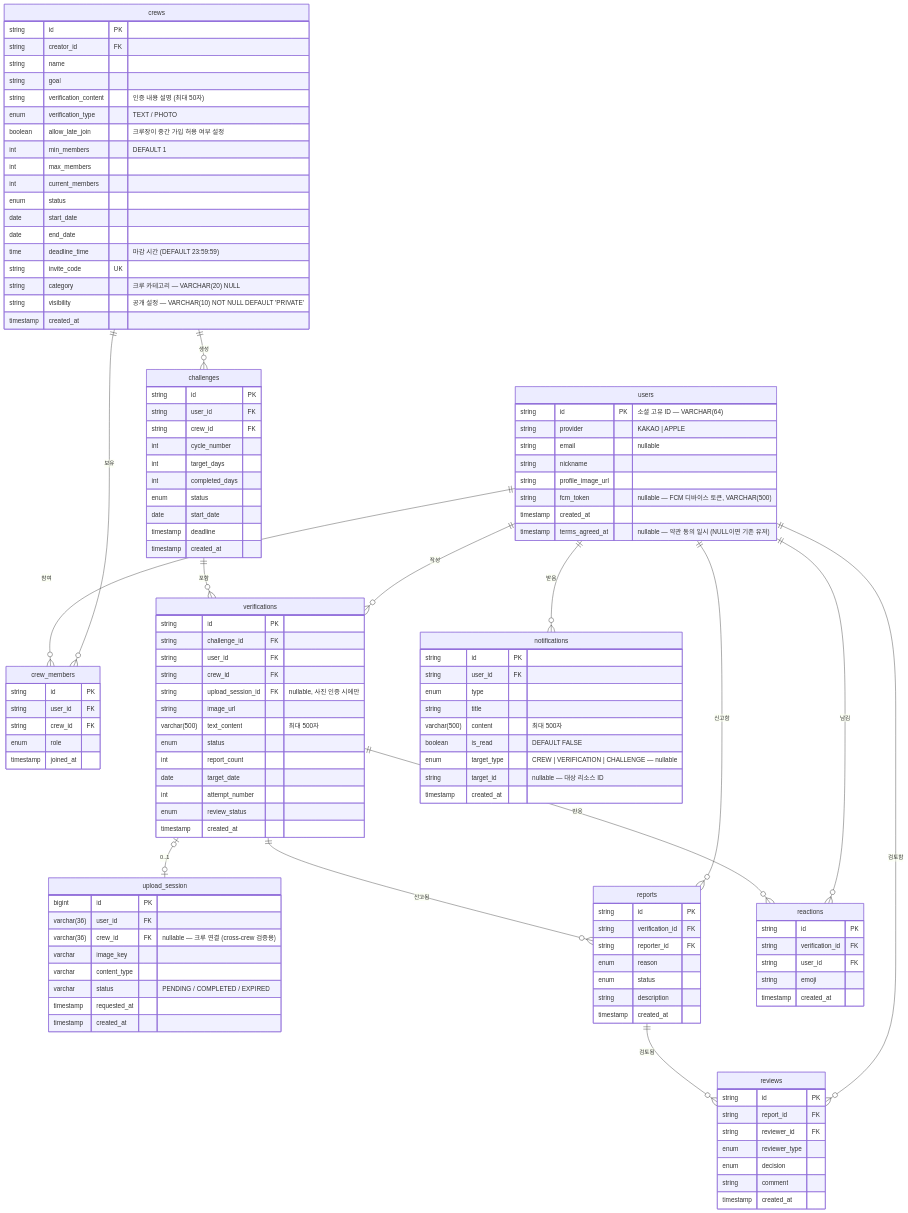
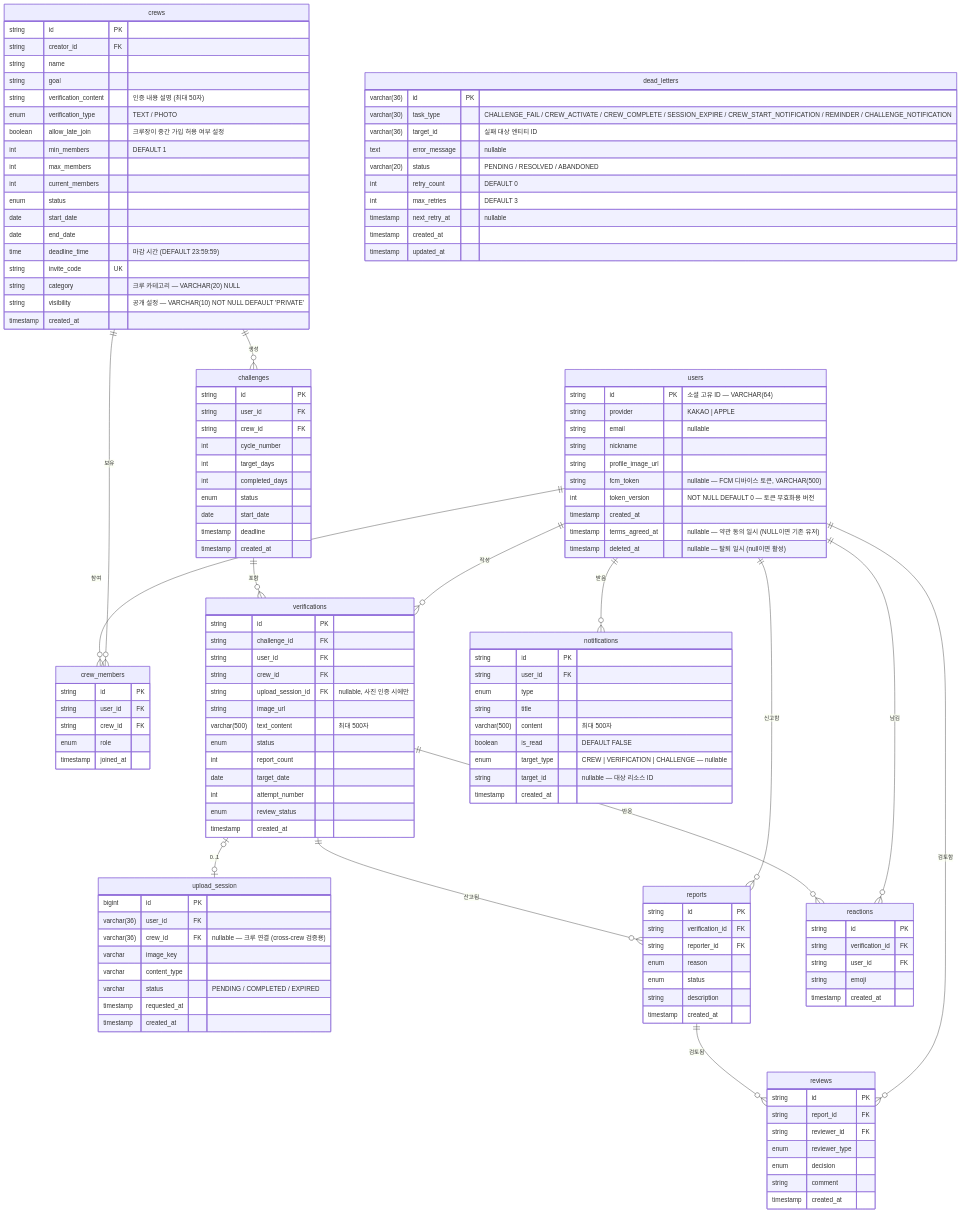
Before and after one commit to JianYang98/TriAgain: the diagram in docs/spec/schema.md, drawn with Mermaid. The commit also changed other lines of this file and 152 other files, not shown here.

````diff
--- a/docs/spec/schema.md
+++ b/docs/spec/schema.md
@@ -32,8 +32,10 @@
         string nickname
         string profile_image_url
         string fcm_token "nullable — FCM 디바이스 토큰, VARCHAR(500)"
+        int token_version "NOT NULL DEFAULT 0 — 토큰 무효화용 버전"
         timestamp created_at
         timestamp terms_agreed_at "nullable — 약관 동의 일시 (NULL이면 기존 유저)"
+        timestamp deleted_at "nullable — 탈퇴 일시 (null이면 활성)"
     }
     
     crews {
@@ -144,4 +146,17 @@
         timestamp requested_at
         timestamp created_at
     }
+
+    dead_letters {
+        varchar(36) id PK
+        varchar(30) task_type "CHALLENGE_FAIL / CREW_ACTIVATE / CREW_COMPLETE / SESSION_EXPIRE / CREW_START_NOTIFICATION / REMINDER / CHALLENGE_NOTIFICATION"
+        varchar(36) target_id "실패 대상 엔티티 ID"
+        text error_message "nullable"
+        varchar(20) status "PENDING / RESOLVED / ABANDONED"
+        int retry_count "DEFAULT 0"
+        int max_retries "DEFAULT 3"
+        timestamp next_retry_at "nullable"
+        timestamp created_at
+        timestamp updated_at
+    }
 ```
````
